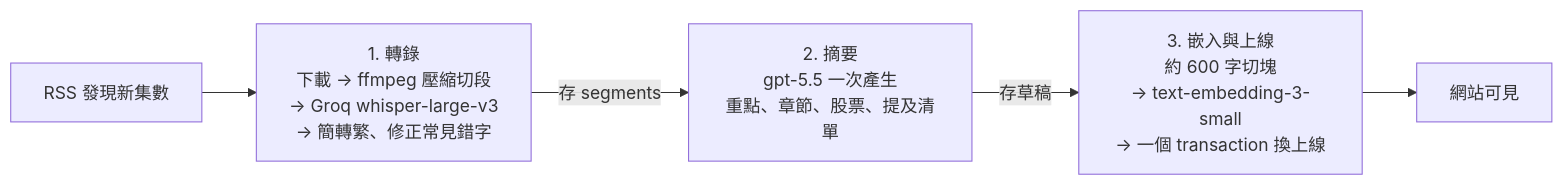
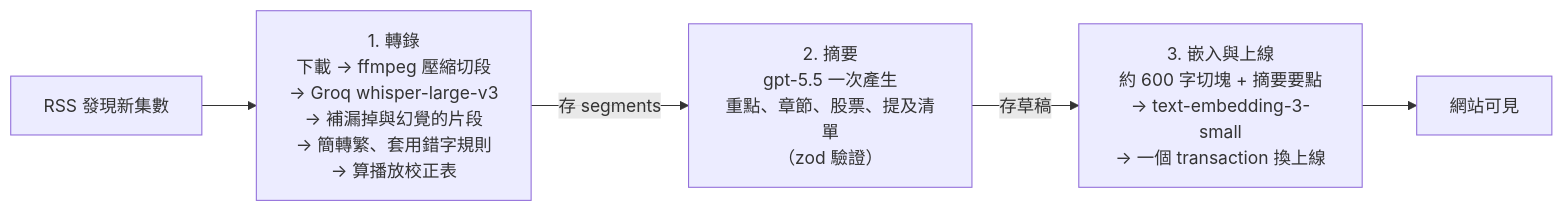
One commit to tommy3713/podcast-search changed the second of 6 diagrams in README.md. Above: the diagram before and after it, drawn with Mermaid. The commit also changed other lines of this file, not shown here.

````diff
--- a/README.md
+++ b/README.md
@@ -49,7 +55,7 @@
 ```mermaid
 flowchart LR
-  poll["RSS 發現新集數"] --> t["1. 轉錄<br/>下載 → ffmpeg 壓縮切段<br/>→ Groq whisper-large-v3<br/>→ 簡轉繁、修正常見錯字"]
-  t -- 存 segments --> s["2. 摘要<br/>gpt-5.5 一次產生<br/>重點、章節、股票、提及清單"]
-  s -- 存草稿 --> e["3. 嵌入與上線<br/>約 600 字切塊<br/>→ text-embedding-3-small<br/>→ 一個 transaction 換上線"]
+  poll["RSS 發現新集數"] --> t["1. 轉錄<br/>下載 → ffmpeg 壓縮切段<br/>→ Groq whisper-large-v3<br/>→ 補漏掉與幻覺的片段<br/>→ 簡轉繁、套用錯字規則<br/>→ 算播放校正表"]
+  t -- 存 segments --> s["2. 摘要<br/>gpt-5.5 一次產生<br/>重點、章節、股票、提及清單<br/>（zod 驗證）"]
+  s -- 存草稿 --> e["3. 嵌入與上線<br/>約 600 字切塊 + 摘要要點<br/>→ text-embedding-3-small<br/>→ 一個 transaction 換上線"]
   e --> live["網站可見"]
 ```
````
